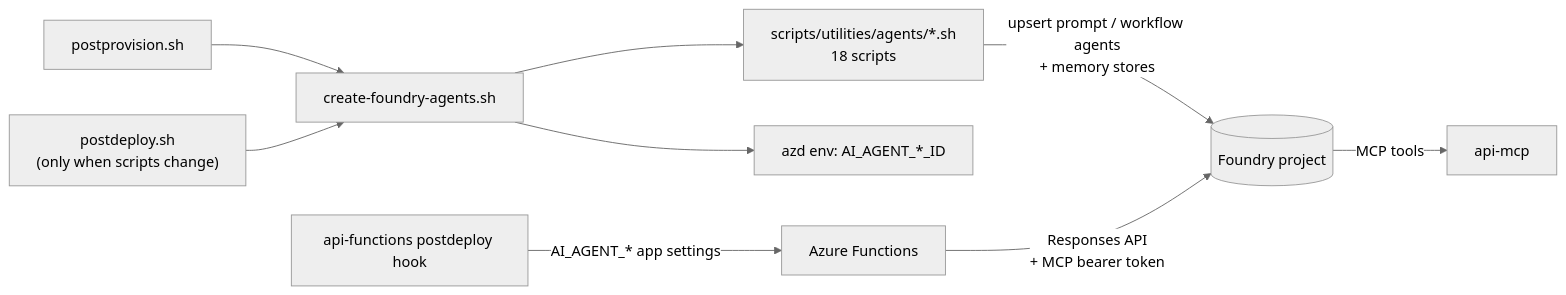
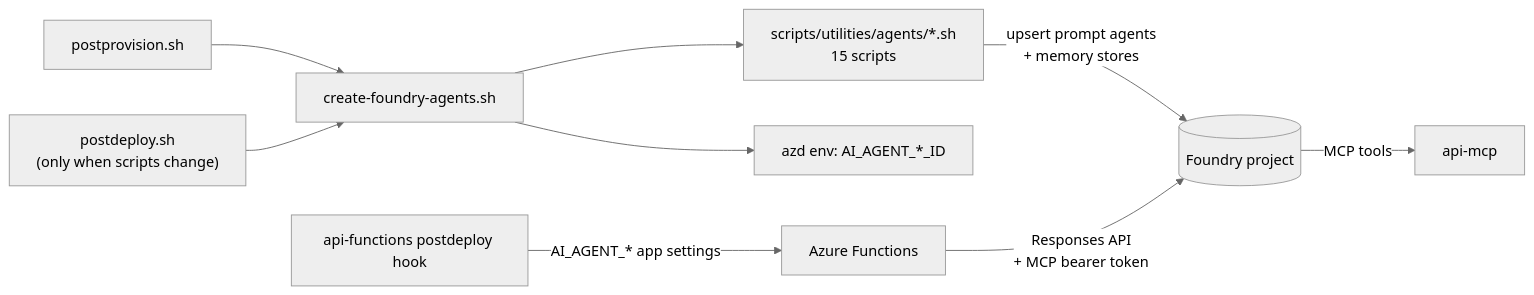
One commit to ahems/AdventureWorks changed the diagram in docs/features/ai/foundry-agents.md. Above: the diagram before and after it, drawn with Mermaid (neutral theme). The commit also changed other lines of this file and 453 other files, not shown here.

````diff
--- a/docs/features/ai/foundry-agents.md
+++ b/docs/features/ai/foundry-agents.md
@@ -39,11 +36,11 @@
 ```mermaid
 flowchart LR
     PP["postprovision.sh"] --> C["create-foundry-agents.sh"]
     PD["postdeploy.sh<br/>(only when scripts change)"] --> C
-    C --> S["scripts/utilities/agents/*.sh<br/>18 scripts"]
-    S -->|"upsert prompt / workflow agents<br/>+ memory stores"| F[("Foundry project")]
+    C --> S["scripts/utilities/agents/*.sh<br/>15 scripts"]
+    S -->|"upsert prompt agents<br/>+ memory stores"| F[("Foundry project")]
     C --> ENV["azd env: AI_AGENT_*_ID"]
     AFP["api-functions postdeploy hook"] -->|"AI_AGENT_* app settings"| FN["Azure Functions"]
     FN -->|"Responses API<br/>+ MCP bearer token"| F
     F -->|"MCP tools"| MCP["api-mcp"]
 ```
````
